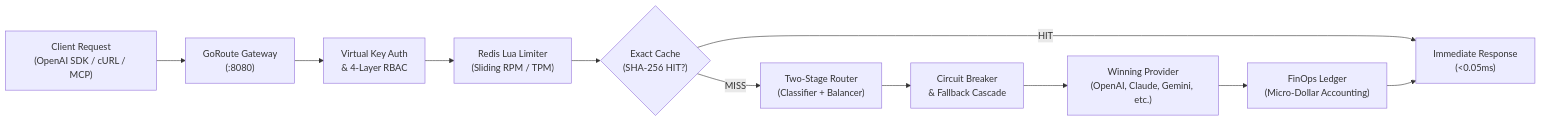
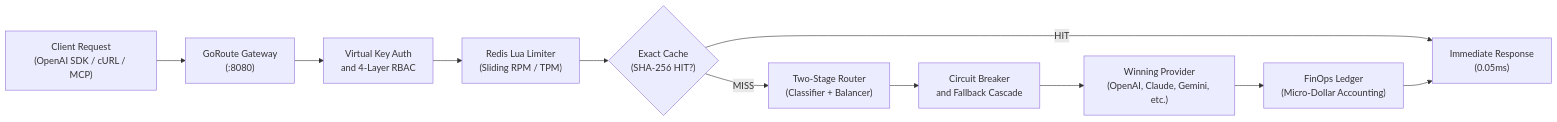
One commit to goroute-ai/goroute-ai.github.io changed the diagram in docs/getting-started/overview.md. Above: the diagram before and after it, drawn with Mermaid. The commit also changed 13 other files, not shown here.

Commit message:
fix(docs): resolve Mermaid syntax errors and unquoted edge labels across guides

````diff
--- a/docs/getting-started/overview.md
+++ b/docs/getting-started/overview.md
@@ -70,13 +70,13 @@
 ```mermaid
 flowchart LR
     Client["Client Request<br/>(OpenAI SDK / cURL / MCP)"] --> Ingress["GoRoute Gateway<br/>(:8080)"]
-    Ingress --> Auth["Virtual Key Auth<br/>&amp; 4-Layer RBAC"]
+    Ingress --> Auth["Virtual Key Auth<br/>and 4-Layer RBAC"]
     Auth --> Limiter["Redis Lua Limiter<br/>(Sliding RPM / TPM)"]
     Limiter --> Cache{"Exact Cache<br/>(SHA-256 HIT?)"}
-    Cache -- HIT --> Resp["Immediate Response<br/>(&lt;0.05ms)"]
+    Cache -- HIT --> Resp["Immediate Response<br/>(0.05ms)"]
     Cache -- MISS --> Router["Two-Stage Router<br/>(Classifier + Balancer)"]
-    Router --> Circuit["Circuit Breaker<br/>&amp; Fallback Cascade"]
+    Router --> Circuit["Circuit Breaker<br/>and Fallback Cascade"]
     Circuit --> Provider["Winning Provider<br/>(OpenAI, Claude, Gemini, etc.)"]
     Provider --> Ledger["FinOps Ledger<br/>(Micro-Dollar Accounting)"]
     Ledger --> Resp
 ```
````
